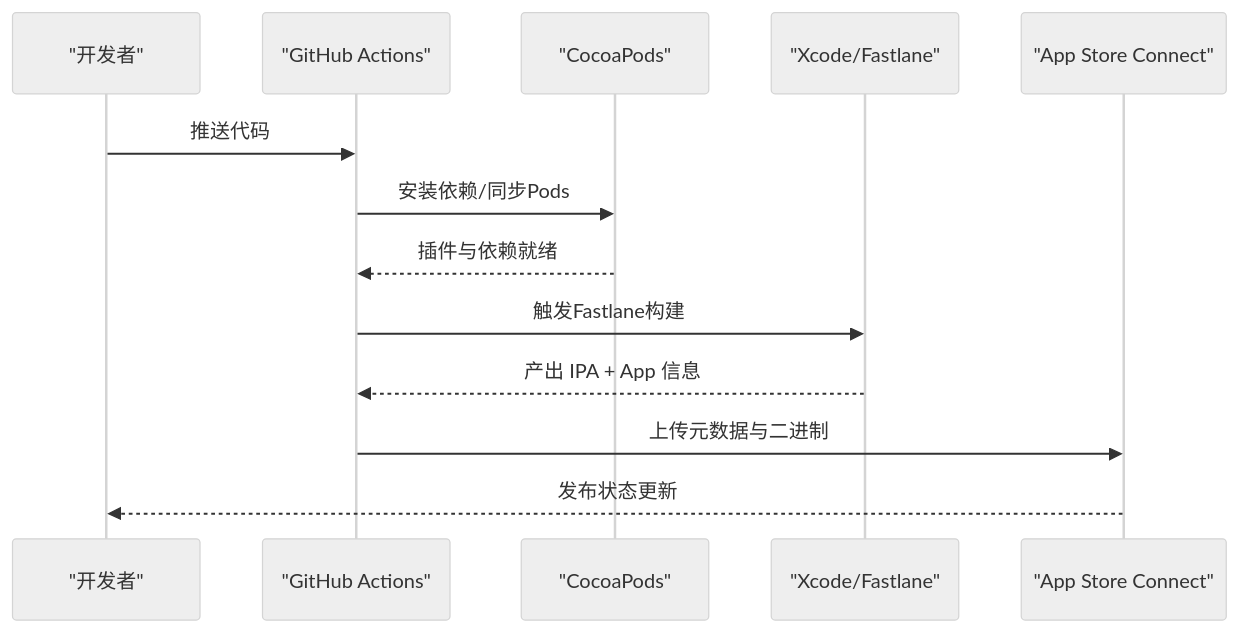
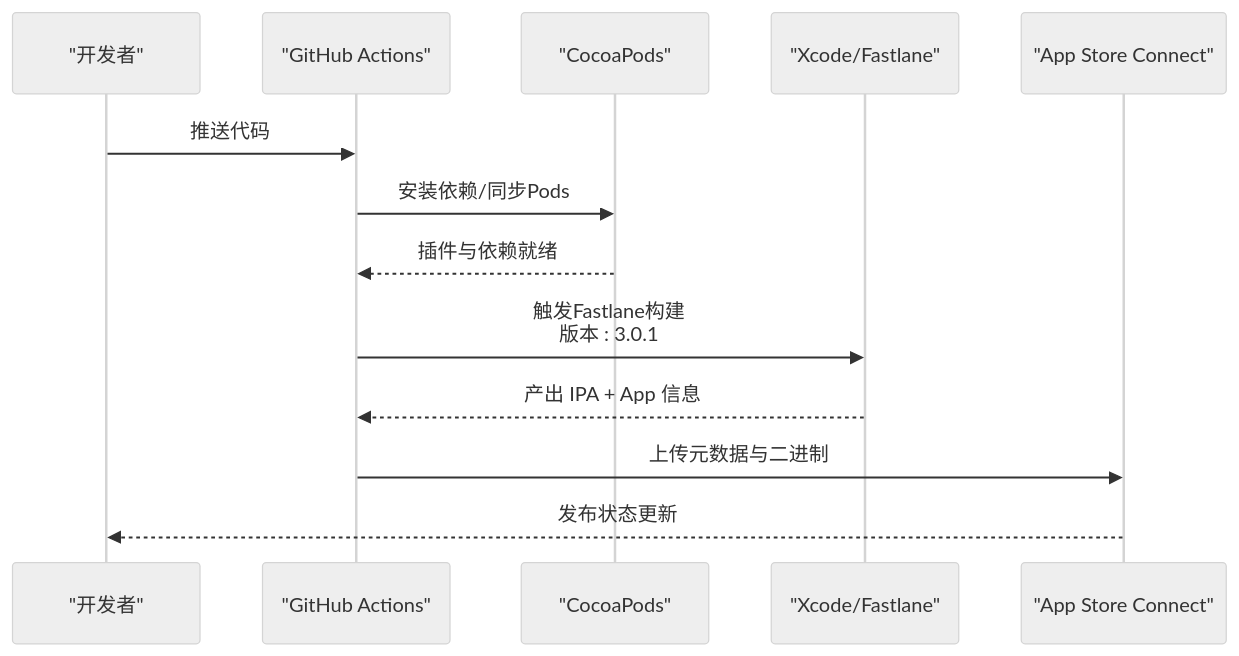
The fourth of 9 diagrams in .qoder/repowiki/zh/content/构建与部署/平台部署/平台部署.md (tea4go/Macro-Deck-Client-App), drawn with Mermaid (neutral theme) before and after one commit. The commit also changed other lines of this file and 15 other files, not shown here.

````diff
--- a/.qoder/repowiki/zh/content/构建与部署/平台部署/平台部署.md
+++ b/.qoder/repowiki/zh/content/构建与部署/平台部署/平台部署.md
@@ -190,15 +213,15 @@
 ```mermaid
 sequenceDiagram
 participant Dev as "开发者"
 participant CI as "GitHub Actions"
 participant Pods as "CocoaPods"
 participant Xcode as "Xcode/Fastlane"
 participant AppStore as "App Store Connect"
 Dev->>CI : 推送代码
 CI->>Pods : 安装依赖/同步Pods
 Pods-->>CI : 插件与依赖就绪
-CI->>Xcode : 触发Fastlane构建
+CI->>Xcode : 触发Fastlane构建<br/>版本 : 3.0.1
 Xcode-->>CI : 产出 IPA + App 信息
 CI->>AppStore : 上传元数据与二进制
 AppStore-->>Dev : 发布状态更新
 ```
````
